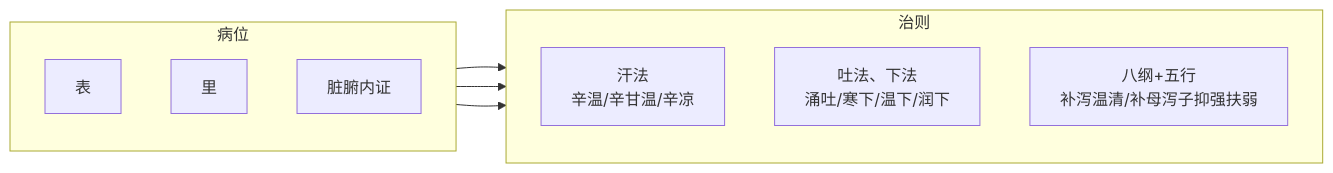
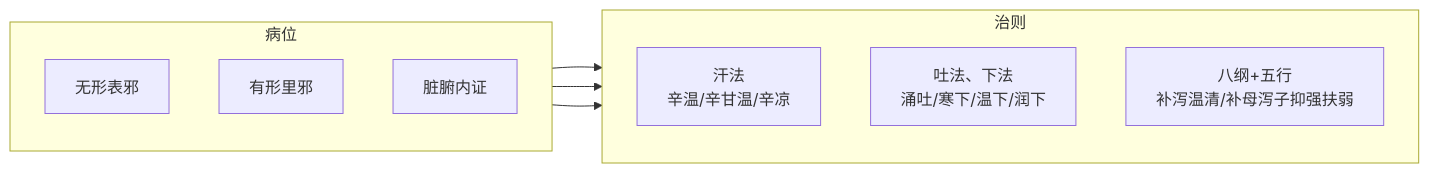
Before and after one commit to mengwb/tcm-diagnostic-logic-framework: the diagram in 中医治则对称模型详解（重构完整版）.md, drawn with Mermaid. The commit also changed other lines of this file, not shown here.

````diff
--- a/中医治则对称模型详解（重构完整版）.md
+++ b/中医治则对称模型详解（重构完整版）.md
@@ -434,20 +434,20 @@
 ```mermaid
 flowchart LR
     subgraph 病位
         direction TB
-        A[表]
-        B[里]
+        A[无形表邪]
+        B[有形里邪]
         C[脏腑内证]
     end
 
     subgraph 治则
         direction TB
         A1[汗法<br/>辛温/辛甘温/辛凉]
         B1[吐法、下法<br/>涌吐/寒下/温下/润下]
         C1[八纲+五行<br/>补泻温清/补母泻子抑强扶弱]
     end
 
     A --> A1
     B --> B1
     C --> C1
 ```
````
